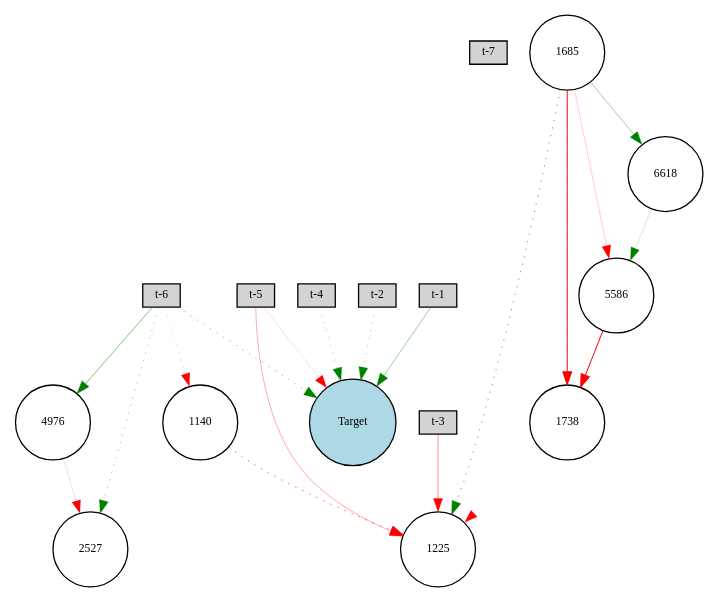
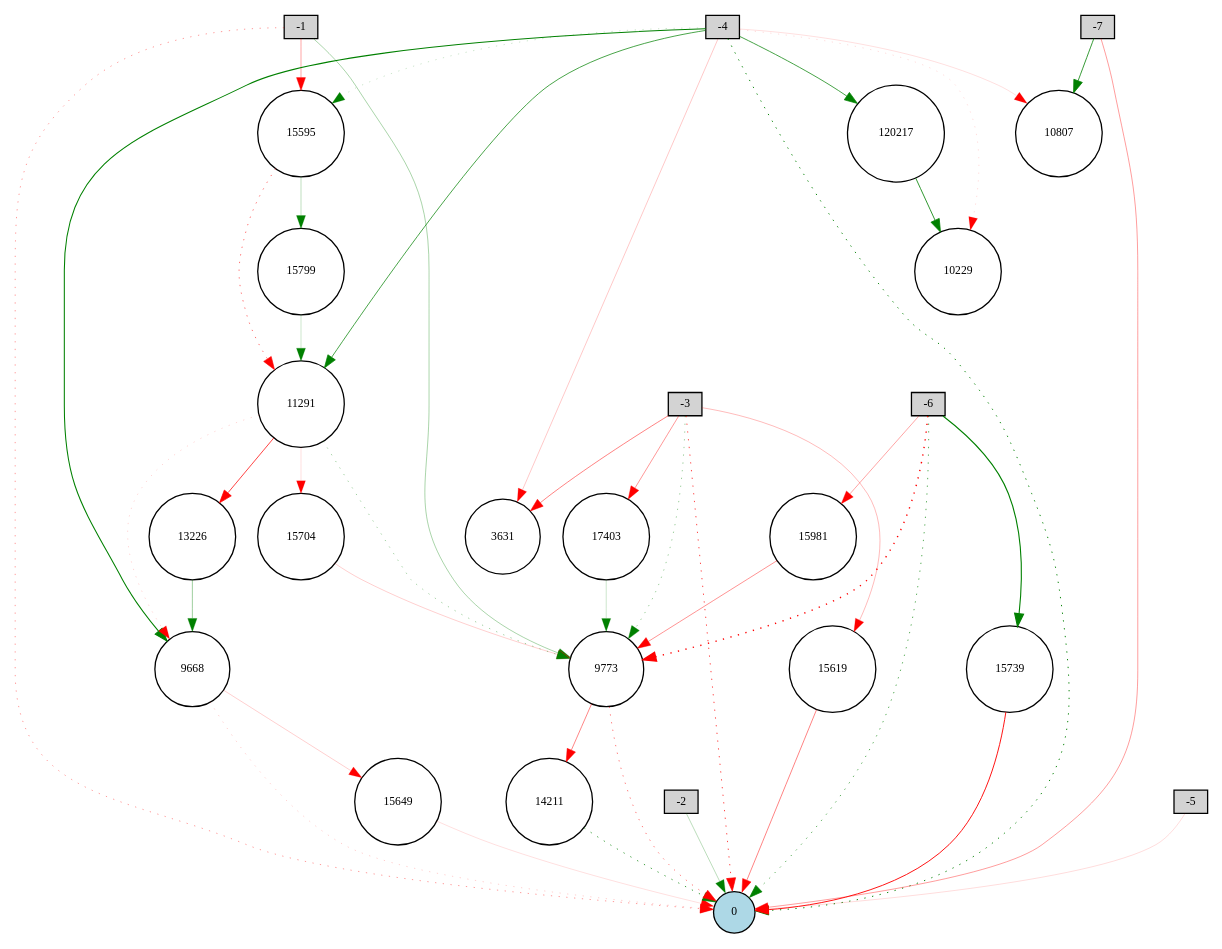
Before and after one commit to lafengxiaoyu/ENN: the diagram in bpusd/Digraph.gv, drawn with Graphviz. The commit also changed 31 other files, not shown here.

```diff
--- a/bpusd/Digraph.gv
+++ b/bpusd/Digraph.gv
@@ -1,38 +1,72 @@
 digraph {
 	node [fontsize=9 height=0.2 shape=circle width=0.2]
-	"t-7" [fillcolor=lightgray shape=box style=filled]
-	"t-6" [fillcolor=lightgray shape=box style=filled]
-	"t-5" [fillcolor=lightgray shape=box style=filled]
-	"t-4" [fillcolor=lightgray shape=box style=filled]
-	"t-3" [fillcolor=lightgray shape=box style=filled]
-	"t-2" [fillcolor=lightgray shape=box style=filled]
-	"t-1" [fillcolor=lightgray shape=box style=filled]
-	Target [fillcolor=lightblue style=filled]
-	1225 [fillcolor=white style=filled]
-	1738 [fillcolor=white style=filled]
-	4976 [fillcolor=white style=filled]
-	5586 [fillcolor=white style=filled]
-	1140 [fillcolor=white style=filled]
-	1685 [fillcolor=white style=filled]
-	6618 [fillcolor=white style=filled]
-	2527 [fillcolor=white style=filled]
-	"t-6" -> Target [color=green penwidth=0.3949572362239757 style=dotted]
-	"t-5" -> Target [color=red penwidth=0.1010872211906195 style=solid]
-	"t-4" -> Target [color=green penwidth=0.2299634415220474 style=dotted]
-	"t-2" -> Target [color=green penwidth=0.2642841670862415 style=dotted]
-	"t-1" -> Target [color=green penwidth=0.29851110862587615 style=solid]
-	"t-6" -> 1140 [color=red penwidth=0.15774491755838208 style=dotted]
-	1140 -> 1225 [color=red penwidth=0.5515548198827489 style=dotted]
-	"t-5" -> 1225 [color=red penwidth=0.26052339438099825 style=solid]
-	1685 -> 1225 [color=green penwidth=0.4668980424498288 style=dotted]
-	1685 -> 1738 [color=red penwidth=0.7709076052643845 style=solid]
-	1738 -> 1225 [color=red penwidth=0.12484162733734874 style=dotted]
-	"t-6" -> 2527 [color=green penwidth=0.3305803358703788 style=dotted]
-	"t-6" -> 4976 [color=green penwidth=0.3864481192016225 style=solid]
-	4976 -> 2527 [color=red penwidth=0.11163731549449225 style=solid]
-	1685 -> 5586 [color=red penwidth=0.17323734980645905 style=solid]
-	5586 -> 1738 [color=red penwidth=0.774192721163106 style=solid]
-	1685 -> 6618 [color=green penwidth=0.2854940004992833 style=solid]
-	6618 -> 5586 [color=green penwidth=0.12932599885715787 style=solid]
-	"t-3" -> 1225 [color=red penwidth=0.3407597354393144 style=solid]
+	-1 [fillcolor=lightgray shape=box style=filled]
+	-2 [fillcolor=lightgray shape=box style=filled]
+	-3 [fillcolor=lightgray shape=box style=filled]
+	-4 [fillcolor=lightgray shape=box style=filled]
+	-5 [fillcolor=lightgray shape=box style=filled]
+	-6 [fillcolor=lightgray shape=box style=filled]
+	-7 [fillcolor=lightgray shape=box style=filled]
+	0 [fillcolor=lightblue style=filled]
+	15649 [fillcolor=white style=filled]
+	15799 [fillcolor=white style=filled]
+	14211 [fillcolor=white style=filled]
+	9668 [fillcolor=white style=filled]
+	15619 [fillcolor=white style=filled]
+	17403 [fillcolor=white style=filled]
+	13226 [fillcolor=white style=filled]
+	15595 [fillcolor=white style=filled]
+	9773 [fillcolor=white style=filled]
+	15981 [fillcolor=white style=filled]
+	3631 [fillcolor=white style=filled]
+	15739 [fillcolor=white style=filled]
+	10229 [fillcolor=white style=filled]
+	10807 [fillcolor=white style=filled]
+	15704 [fillcolor=white style=filled]
+	120217 [fillcolor=white style=filled]
+	11291 [fillcolor=white style=filled]
+	-1 -> 0 [color=red penwidth=0.3095044441816333 style=dotted]
+	-2 -> 0 [color=green penwidth=0.20515289194241454 style=solid]
+	-3 -> 0 [color=red penwidth=0.5628417286065239 style=dotted]
+	-4 -> 0 [color=green penwidth=0.7301199832566222 style=dotted]
+	-5 -> 0 [color=red penwidth=0.11323295039127255 style=solid]
+	-6 -> 0 [color=green penwidth=0.5136448162321604 style=dotted]
+	-7 -> 0 [color=red penwidth=0.3029375849644531 style=solid]
+	-4 -> 3631 [color=red penwidth=0.1654894578515967 style=solid]
+	-4 -> 9668 [color=green penwidth=0.8012591496015922 style=solid]
+	9668 -> 0 [color=red penwidth=0.149449688711909 style=dotted]
+	9773 -> 0 [color=red penwidth=0.40832536528367447 style=dotted]
+	-6 -> 9773 [color=red penwidth=1.1 style=dotted]
+	-4 -> 10229 [color=red penwidth=0.10968299923416572 style=dotted]
+	-4 -> 10807 [color=red penwidth=0.10433663930461613 style=solid]
+	-4 -> 11291 [color=green penwidth=0.5462912745890084 style=solid]
+	11291 -> 9668 [color=red penwidth=0.12550994533223078 style=dotted]
+	11291 -> 13226 [color=red penwidth=0.5680965118689099 style=solid]
+	13226 -> 9668 [color=green penwidth=0.30235011856790206 style=solid]
+	11291 -> 9773 [color=green penwidth=0.2870565838170571 style=dotted]
+	-1 -> 9773 [color=green penwidth=0.2574911265204197 style=solid]
+	9773 -> 14211 [color=red penwidth=0.372054830196354 style=solid]
+	14211 -> 0 [color=green penwidth=0.5853165396046037 style=dotted]
+	-3 -> 3631 [color=red penwidth=0.38028883070269937 style=solid]
+	-4 -> 15595 [color=green penwidth=0.15975082972320837 style=dotted]
+	15595 -> 11291 [color=red penwidth=0.44122703780289807 style=dotted]
+	-3 -> 9773 [color=green penwidth=0.3129240828425449 style=dotted]
+	-3 -> 15619 [color=red penwidth=0.21275605410954737 style=solid]
+	15619 -> 0 [color=red penwidth=0.3750809960105319 style=solid]
+	9668 -> 15649 [color=red penwidth=0.15204305187283407 style=solid]
+	15649 -> 0 [color=red penwidth=0.1019790722436613 style=solid]
+	11291 -> 15704 [color=red penwidth=0.10198309093732306 style=solid]
+	15704 -> 9773 [color=red penwidth=0.14762522622939467 style=solid]
+	-6 -> 15739 [color=green penwidth=0.8437255201079831 style=solid]
+	15739 -> 0 [color=red penwidth=0.7141239530045768 style=solid]
+	15595 -> 15799 [color=green penwidth=0.1997203489829602 style=solid]
+	15799 -> 11291 [color=green penwidth=0.16051813701843448 style=solid]
+	-1 -> 15595 [color=red penwidth=0.2823159085608299 style=solid]
+	-6 -> 15981 [color=red penwidth=0.28282161169526016 style=solid]
+	15981 -> 9773 [color=red penwidth=0.3259939875435549 style=solid]
+	-3 -> 17403 [color=red penwidth=0.31556516616306896 style=solid]
+	17403 -> 9773 [color=green penwidth=0.1578645961001636 style=solid]
+	-7 -> 10807 [color=green penwidth=0.6092491934105168 style=solid]
+	-4 -> 120217 [color=green penwidth=0.5618407422827341 style=solid]
+	120217 -> 10229 [color=green penwidth=0.6278339568980514 style=solid]
 }
```
